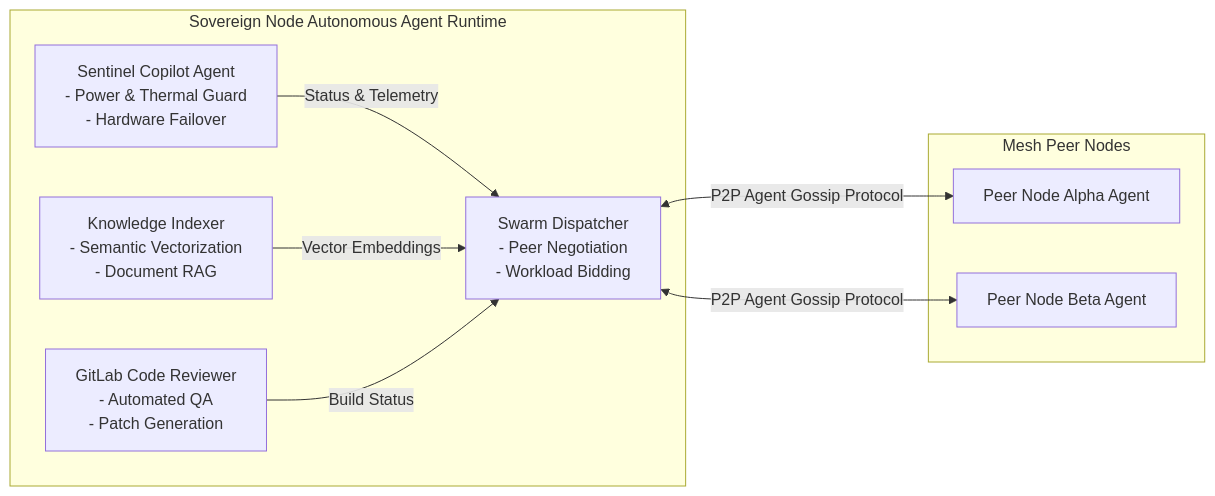
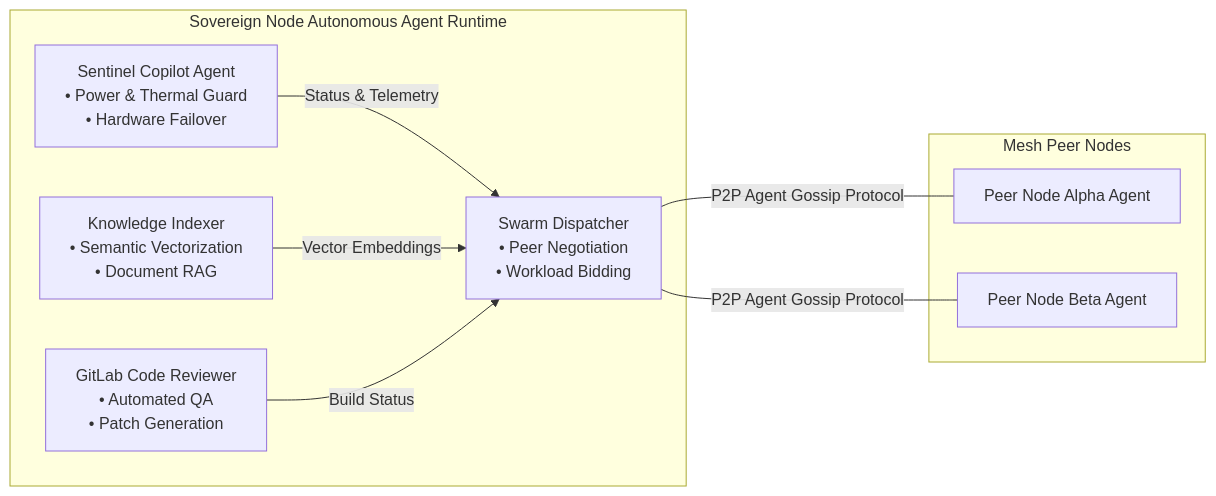
One commit to iliachry/sovereign-mini-datacenter changed the fourth of 5 diagrams in ARCHITECTURE.md. Above: the diagram before and after it, drawn with Mermaid. The commit also changed other lines of this file, not shown here.

Commit message:
fix(docs): resolve GitHub Mermaid diagram parsing issues in ARCHITECTURE.md

````diff
--- a/ARCHITECTURE.md
+++ b/ARCHITECTURE.md
@@ -244,20 +249,20 @@
 ```mermaid
 graph LR
-    subgraph LocalNode [Sovereign Node Autonomous Agent Runtime]
-        S[Sentinel Copilot Agent<br/>- Power & Thermal Guard<br/>- Hardware Failover]
-        R[GitLab Code Reviewer<br/>- Automated QA<br/>- Patch Generation]
-        I[Knowledge Indexer<br/>- Semantic Vectorization<br/>- Document RAG]
-        D[Swarm Dispatcher<br/>- Peer Negotiation<br/>- Workload Bidding]
+    subgraph LocalNode ["Sovereign Node Autonomous Agent Runtime"]
+        S["Sentinel Copilot Agent<br/>• Power & Thermal Guard<br/>• Hardware Failover"]
+        R["GitLab Code Reviewer<br/>• Automated QA<br/>• Patch Generation"]
+        I["Knowledge Indexer<br/>• Semantic Vectorization<br/>• Document RAG"]
+        D["Swarm Dispatcher<br/>• Peer Negotiation<br/>• Workload Bidding"]
     end
 
-    subgraph PeerNodes [Mesh Peer Nodes]
-        P1[Peer Node Alpha Agent]
-        P2[Peer Node Beta Agent]
+    subgraph PeerNodes ["Mesh Peer Nodes"]
+        P1["Peer Node Alpha Agent"]
+        P2["Peer Node Beta Agent"]
     end
 
     S -->|Status & Telemetry| D
     I -->|Vector Embeddings| D
     R -->|Build Status| D
-    D <-->|P2P Agent Gossip Protocol| P1
-    D <-->|P2P Agent Gossip Protocol| P2
+    D ---|P2P Agent Gossip Protocol| P1
+    D ---|P2P Agent Gossip Protocol| P2
 ```
````
